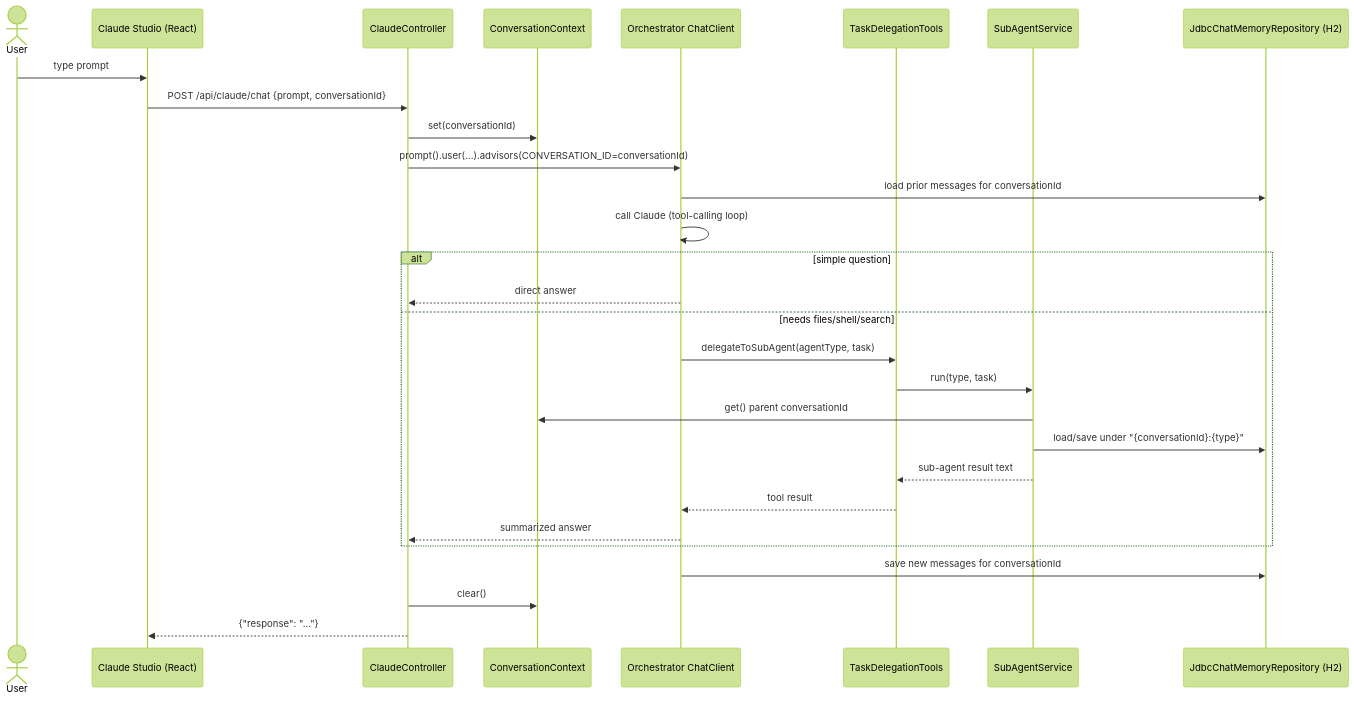
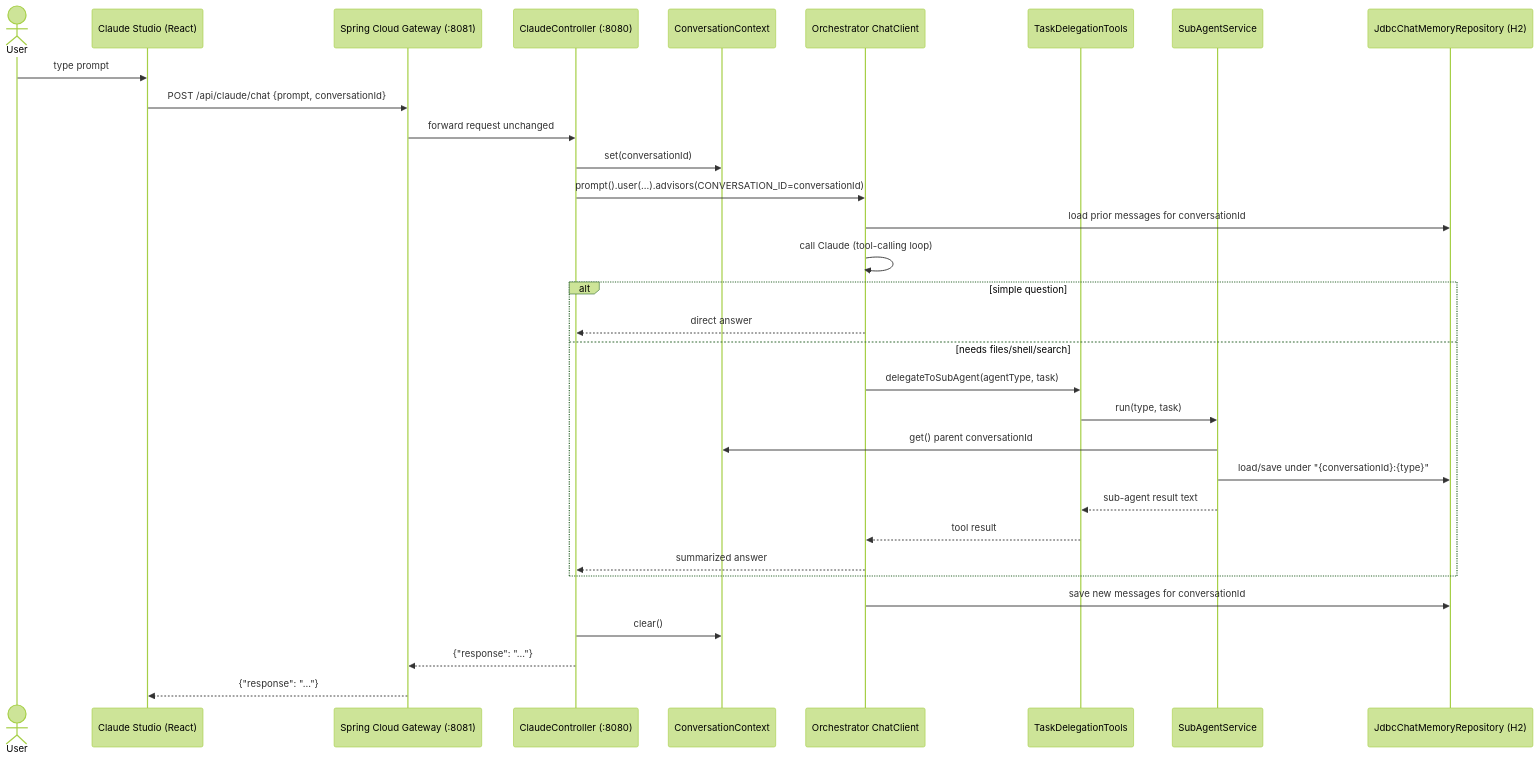
One commit to gpad1234/springai-agentic-arch changed the second of 2 diagrams in architecture.md. Above: the diagram before and after it, drawn with Mermaid (forest theme). The commit also changed other lines of this file and 19 other files, not shown here.

Commit message:
Add standalone API gateway

````diff
--- a/architecture.md
+++ b/architecture.md
@@ -56,32 +59,35 @@
 ```mermaid
 sequenceDiagram
     actor User
     participant UI as Claude Studio (React)
-    participant C as ClaudeController
+    participant G as Spring Cloud Gateway (:8081)
+    participant C as ClaudeController (:8080)
     participant Ctx as ConversationContext
     participant CC as Orchestrator ChatClient
     participant Tool as TaskDelegationTools
     participant Sub as SubAgentService
     participant Mem as JdbcChatMemoryRepository (H2)
 
     User->>UI: type prompt
-    UI->>C: POST /api/claude/chat {prompt, conversationId}
+    UI->>G: POST /api/claude/chat {prompt, conversationId}
+    G->>C: forward request unchanged
     C->>Ctx: set(conversationId)
     C->>CC: prompt().user(...).advisors(CONVERSATION_ID=conversationId)
     CC->>Mem: load prior messages for conversationId
     CC->>CC: call Claude (tool-calling loop)
     alt simple question
         CC-->>C: direct answer
     else needs files/shell/search
         CC->>Tool: delegateToSubAgent(agentType, task)
         Tool->>Sub: run(type, task)
         Sub->>Ctx: get() parent conversationId
         Sub->>Mem: load/save under "{conversationId}:{type}"
         Sub-->>Tool: sub-agent result text
         Tool-->>CC: tool result
         CC-->>C: summarized answer
     end
     CC->>Mem: save new messages for conversationId
     C->>Ctx: clear()
-    C-->>UI: {"response": "..."}
+    C-->>G: {"response": "..."}
+    G-->>UI: {"response": "..."}
 ```
````
